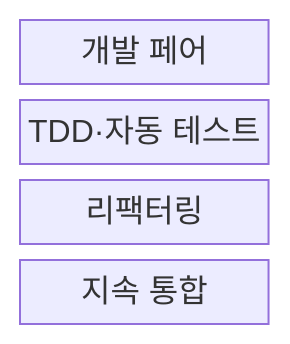
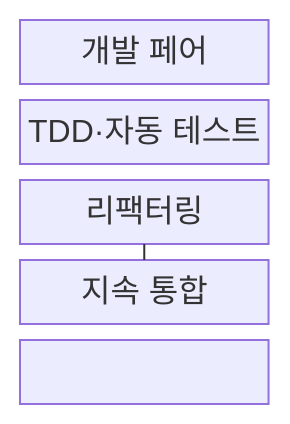
The first of 2 diagrams in src/content/docs/notes/03-software/034_extreme_programming.md (agnusdei1207/knowledge-base), drawn with Mermaid before and after one commit. The commit also changed other lines of this file and 238 other files, not shown here.

````diff
--- a/src/content/docs/notes/03-software/034_extreme_programming.md
+++ b/src/content/docs/notes/03-software/034_extreme_programming.md
@@ -61,8 +61,10 @@
 ```mermaid
-block
+block-beta
   columns 1
   P["개발 페어"]
   T["TDD·자동 테스트"]
   R["리팩터링"]
   I["지속 통합"]
+  P --- T --- R
+  R --- I
 ```
````
